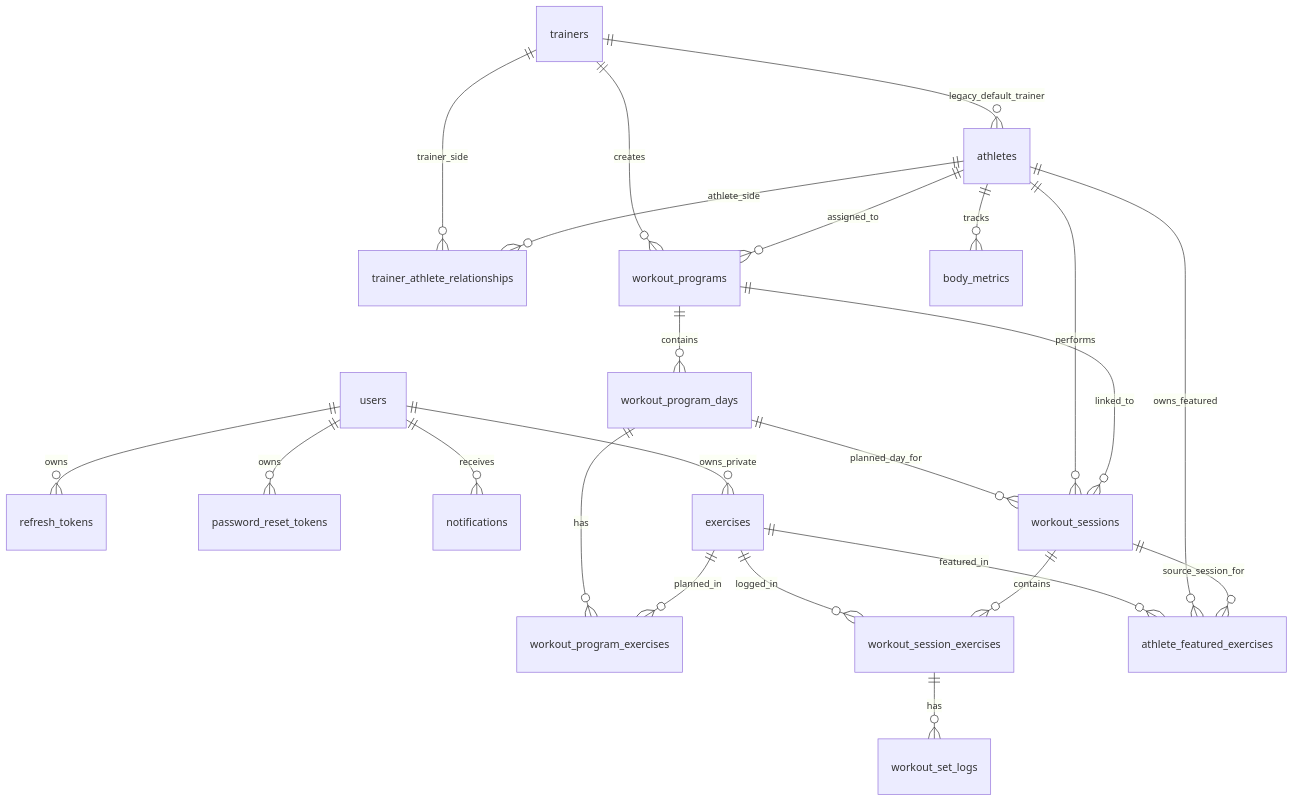
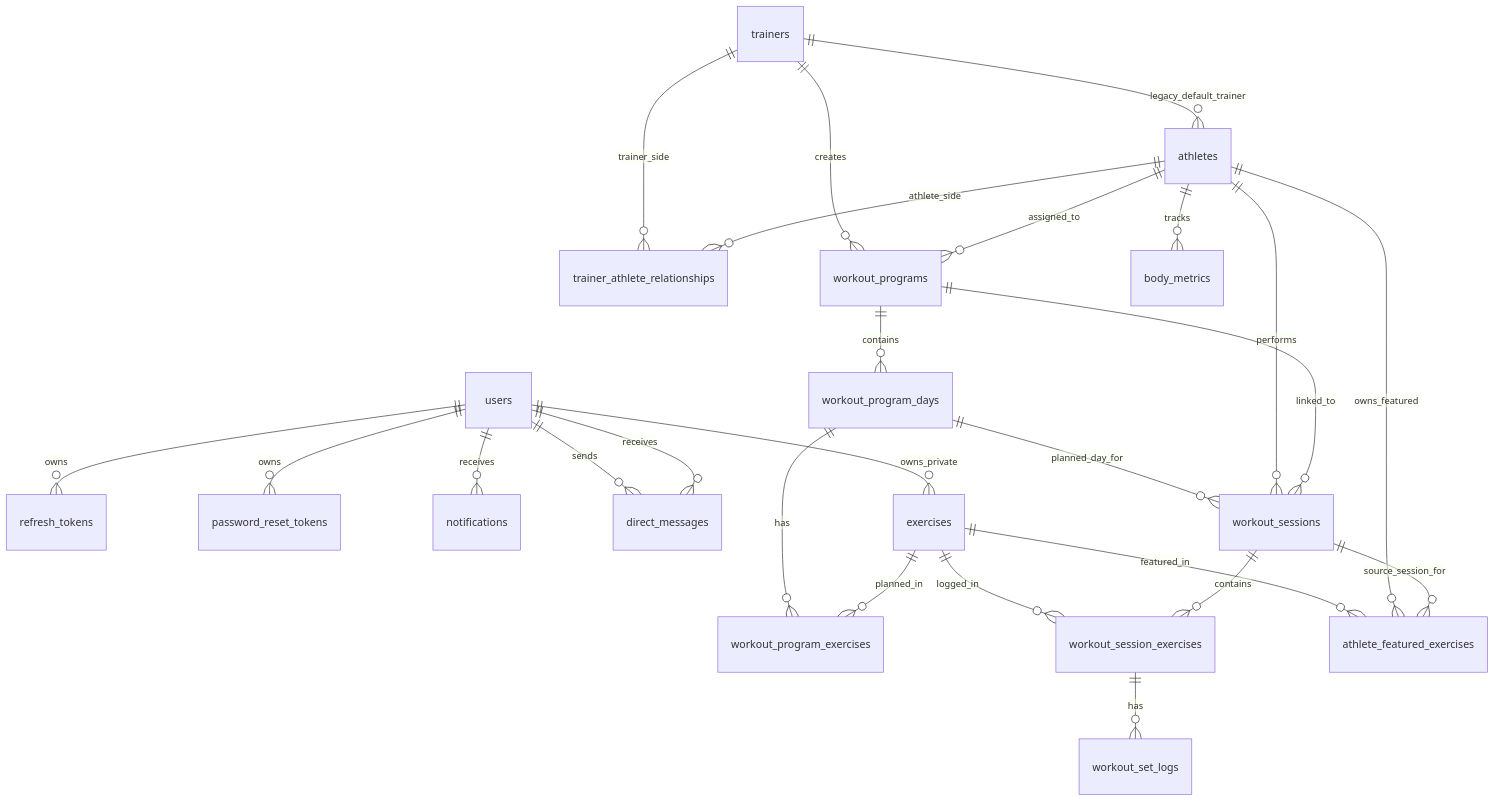
Before and after one commit to fatihkesik01/TrackMe-Docs: the diagram in database/erd.md, drawn with Mermaid. The commit also changed other lines of this file and 11 other files, not shown here.

Commit message:
Document direct messages and migration rules

````diff
--- a/database/erd.md
+++ b/database/erd.md
@@ -5,32 +5,34 @@
 ```mermaid
 erDiagram
     users ||--o{ refresh_tokens : owns
     users ||--o{ password_reset_tokens : owns
     users ||--o{ notifications : receives
+    users ||--o{ direct_messages : sends
+    users ||--o{ direct_messages : receives
     users ||--o{ exercises : owns_private
 
     trainers ||--o{ trainer_athlete_relationships : trainer_side
     athletes ||--o{ trainer_athlete_relationships : athlete_side
     trainers ||--o{ athletes : legacy_default_trainer
 
     trainers ||--o{ workout_programs : creates
     athletes ||--o{ workout_programs : assigned_to
 
     workout_programs ||--o{ workout_program_days : contains
     workout_program_days ||--o{ workout_program_exercises : has
     workout_program_days ||--o{ workout_sessions : planned_day_for
 
     exercises ||--o{ workout_program_exercises : planned_in
     exercises ||--o{ workout_session_exercises : logged_in
     exercises ||--o{ athlete_featured_exercises : featured_in
 
     athletes ||--o{ workout_sessions : performs
     athletes ||--o{ athlete_featured_exercises : owns_featured
     workout_programs ||--o{ workout_sessions : linked_to
     workout_sessions ||--o{ athlete_featured_exercises : source_session_for
 
     workout_sessions ||--o{ workout_session_exercises : contains
     workout_session_exercises ||--o{ workout_set_logs : has
 
     athletes ||--o{ body_metrics : tracks
 ```
````
